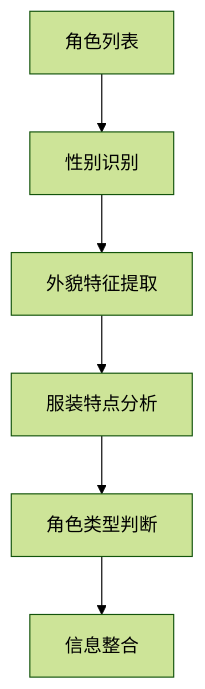
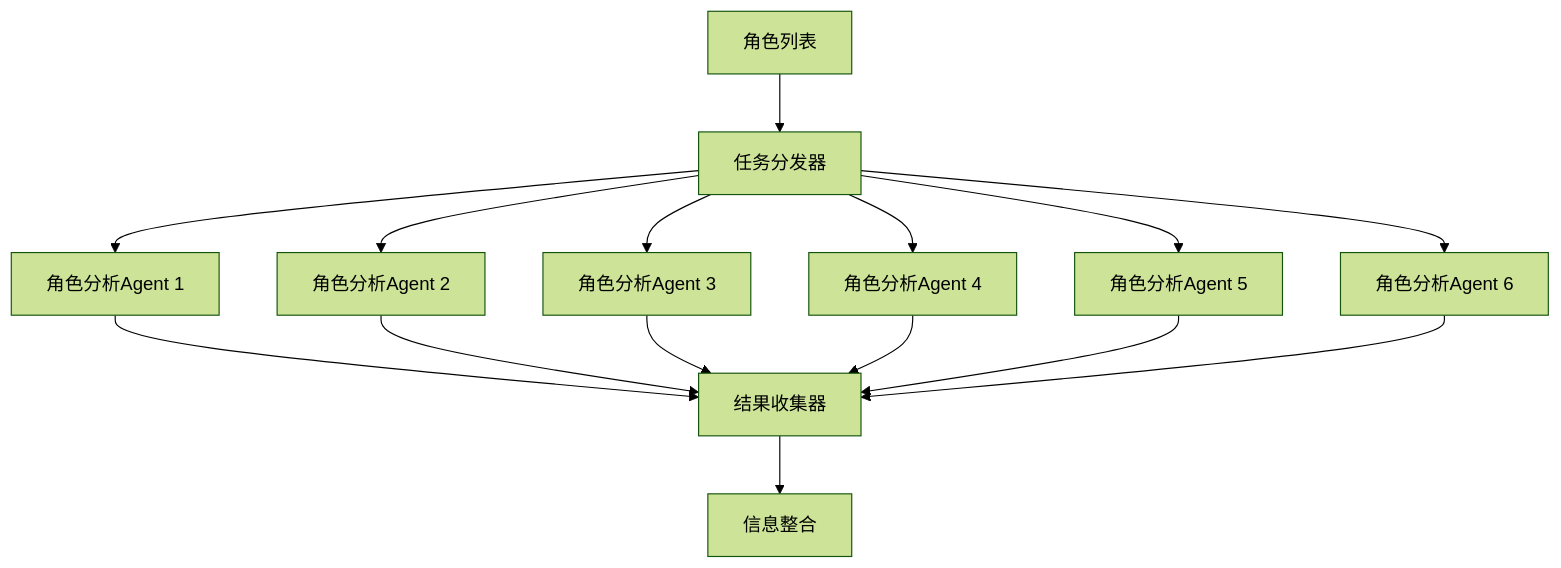
Before and after one commit to xueanxi/sharebook: the fourth of 8 diagrams in docs/角色提取设计.md, drawn with Mermaid (forest theme). The commit also changed other lines of this file and 1 other file, not shown here.

````diff
--- a/docs/角色提取设计.md
+++ b/docs/角色提取设计.md
@@ -89,8 +101,17 @@
   ```mermaid
-  flowchart TD
-      A[角色列表] --> B[性别识别]
-      B --> C[外貌特征提取]
-      C --> D[服装特点分析]
-      D --> E[角色类型判断]
-      E --> F[信息整合]
+  graph TB
+      A[角色列表] --> B[任务分发器]
+      B --> C[角色分析Agent 1]
+      B --> D[角色分析Agent 2]
+      B --> E[角色分析Agent 3]
+      B --> F[角色分析Agent 4]
+      B --> G[角色分析Agent 5]
+      B --> H[角色分析Agent 6]
+      C --> I[结果收集器]
+      D --> I
+      E --> I
+      F --> I
+      G --> I
+      H --> I
+      I --> J[信息整合]
   ```
````
